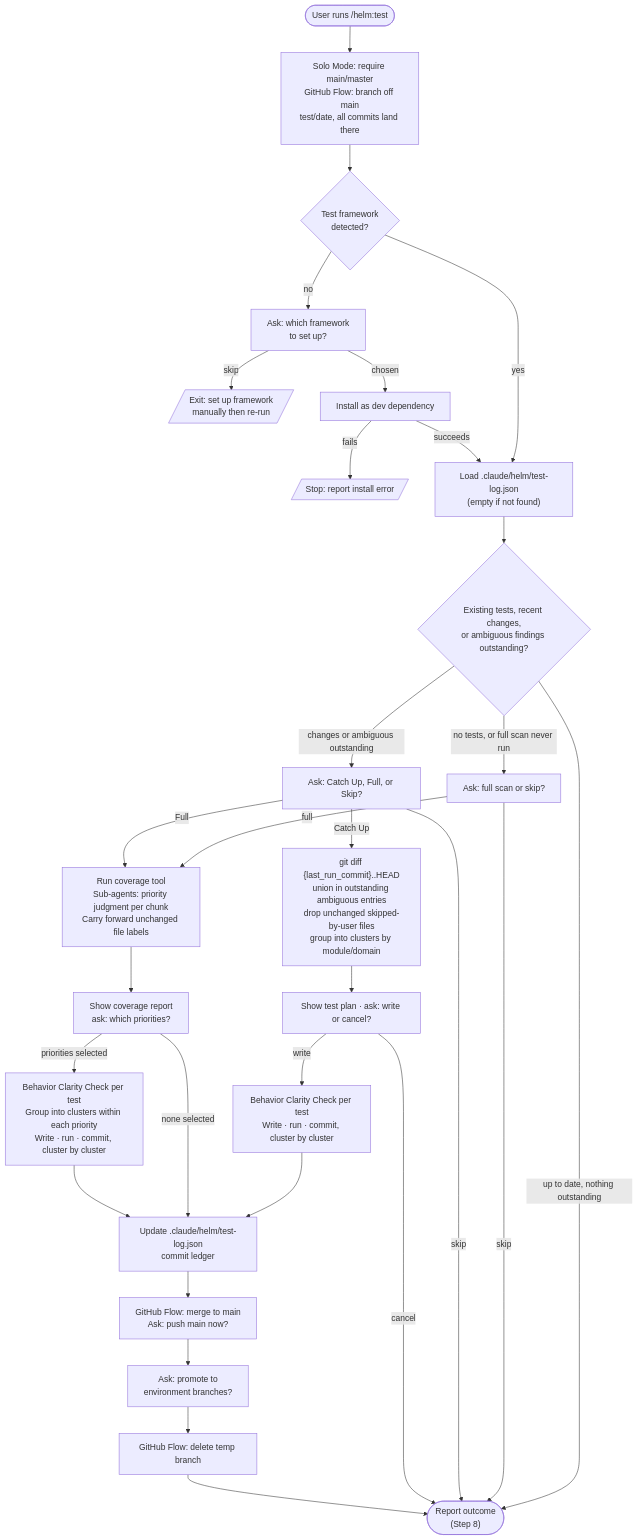
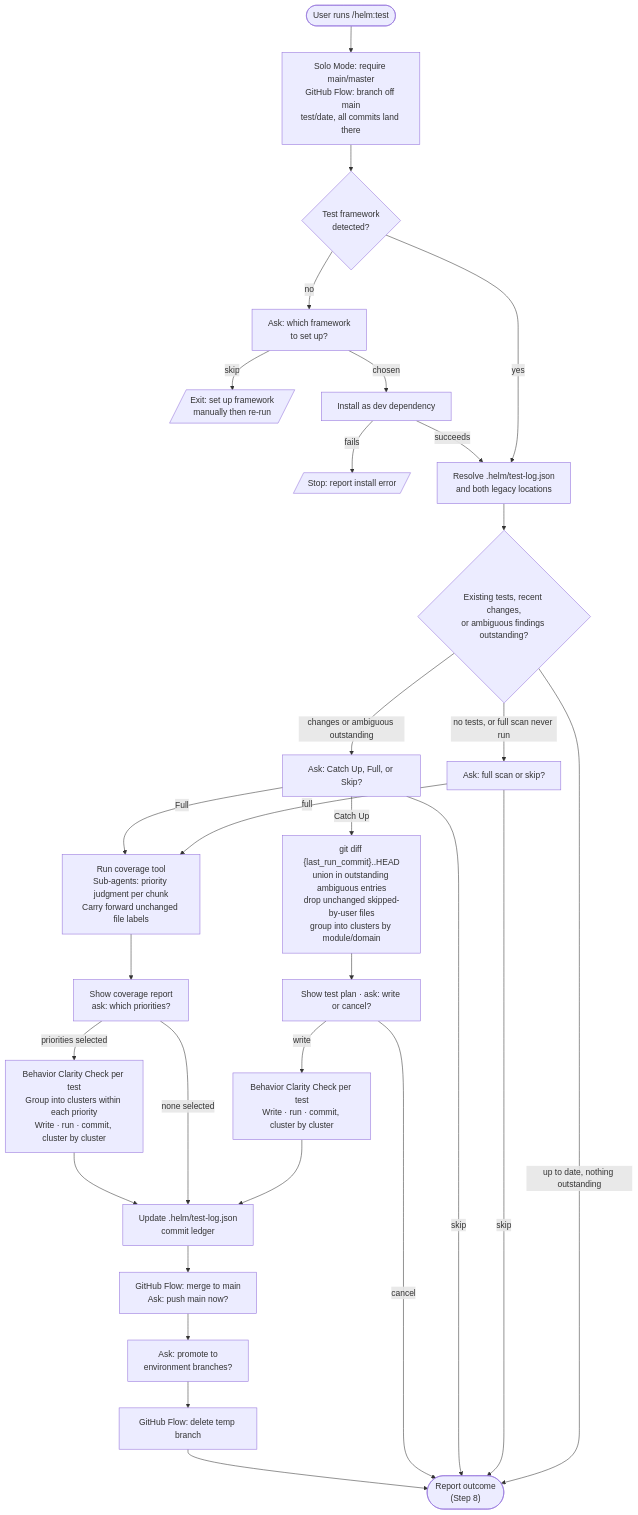
One commit to myowinthein/agent-helm changed the diagram in docs/commands/test.md. Above: the diagram before and after it, drawn with Mermaid. The commit also changed other lines of this file and 15 other files, not shown here.

````diff
--- a/docs/commands/test.md
+++ b/docs/commands/test.md
@@ -15,39 +15,39 @@
 ```mermaid
 flowchart TD
   Start([User runs /helm:test]) --> Branch[Solo Mode: require main/master<br/>GitHub Flow: branch off main<br/>test/date, all commits land there]
   Branch --> Framework{Test framework<br/>detected?}
   Framework -->|no| AskFW[Ask: which framework<br/>to set up?]
   AskFW -->|skip| FWStop[/Exit: set up framework<br/>manually then re-run/]
   AskFW -->|chosen| FWSetup[Install as dev dependency]
   FWSetup -->|fails| FWFail[/Stop: report install error/]
   Framework -->|yes| Ledger
   FWSetup -->|succeeds| Ledger
 
-  Ledger["Load .claude/helm/test-log.json<br/>(empty if not found)"] --> Assess
+  Ledger["Resolve .helm/test-log.json<br/>and both legacy locations"] --> Assess
 
   Assess{Existing tests, recent changes,<br/>or ambiguous findings outstanding?}
   Assess -->|no tests, or full scan never run| FullOrSkip["Ask: full scan or skip?"]
   Assess -->|up to date, nothing outstanding| Report(["Report outcome<br/>(Step 8)"])
   Assess -->|changes or ambiguous outstanding| Choice["Ask: Catch Up, Full, or Skip?"]
 
   FullOrSkip -->|skip| Report
   FullOrSkip -->|full| FullScan
   Choice -->|skip| Report
   Choice -->|Catch Up| CatchUp
   Choice -->|Full| FullScan
 
   CatchUp["git diff {last_run_commit}..HEAD<br/>union in outstanding ambiguous entries<br/>drop unchanged skipped-by-user files<br/>group into clusters by module/domain"] --> CatchPlan["Show test plan · ask: write or cancel?"]
   CatchPlan -->|cancel| Report
   CatchPlan -->|write| CWrite["Behavior Clarity Check per test<br/>Write · run · commit, cluster by cluster"]
   CWrite --> UpdateLedger
 
   FullScan["Run coverage tool<br/>Sub-agents: priority judgment per chunk<br/>Carry forward unchanged file labels"] --> FullPlan["Show coverage report<br/>ask: which priorities?"]
   FullPlan -->|none selected| UpdateLedger
   FullPlan -->|priorities selected| FWrite["Behavior Clarity Check per test<br/>Group into clusters within each priority<br/>Write · run · commit, cluster by cluster"]
   FWrite --> UpdateLedger
 
-  UpdateLedger["Update .claude/helm/test-log.json<br/>commit ledger"] --> Merge[GitHub Flow: merge to main<br/>Ask: push main now?]
+  UpdateLedger["Update .helm/test-log.json<br/>commit ledger"] --> Merge[GitHub Flow: merge to main<br/>Ask: push main now?]
   Merge --> Promote[Ask: promote to<br/>environment branches?]
   Promote --> Cleanup[GitHub Flow: delete temp branch]
   Cleanup --> Report
 ```
````
